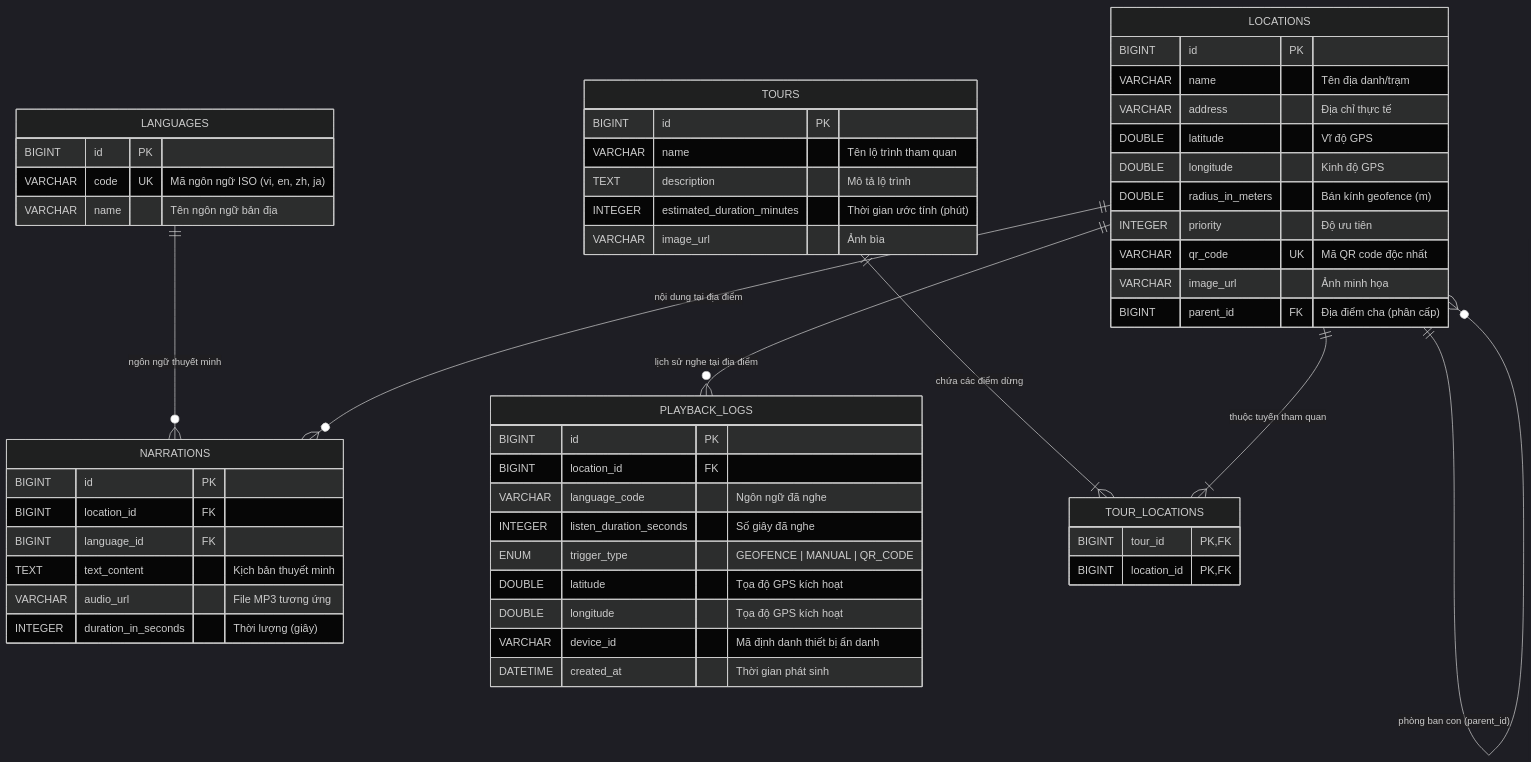
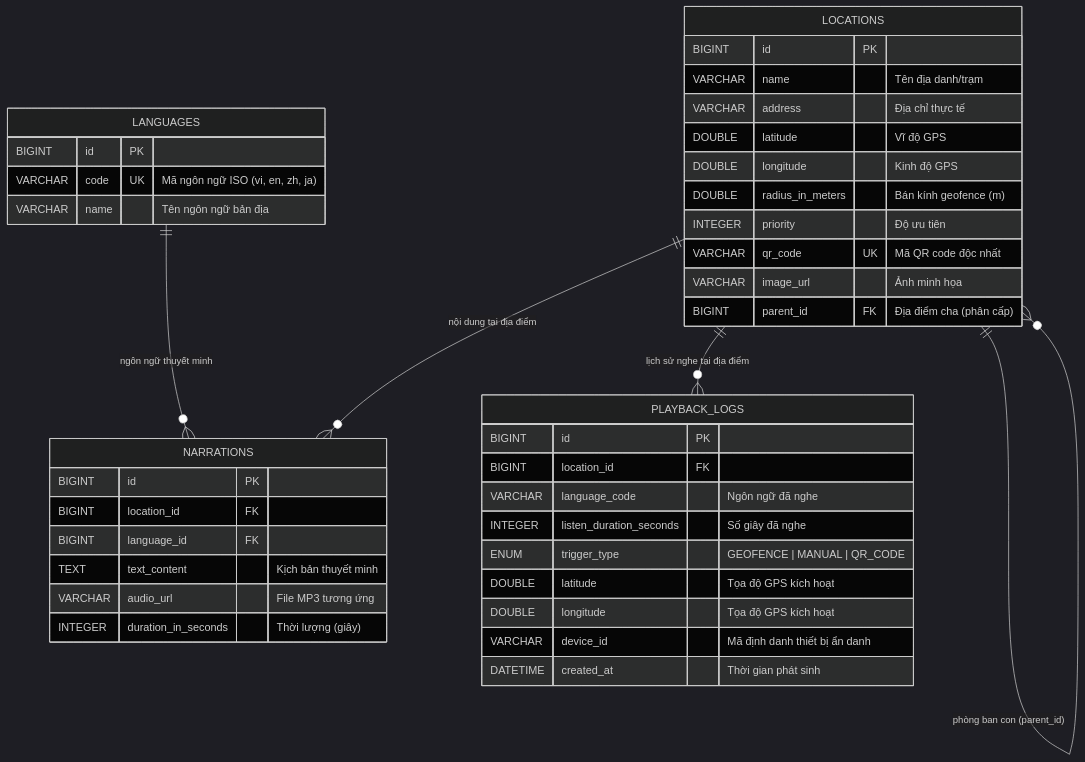
Before and after one commit to HuynhQuang16032006/Multi_Languages_Automatic_Translation: the third of 4 diagrams in docs/PID.md, drawn with Mermaid (dark theme). The commit also changed other lines of this file and 15 other files, not shown here.

Commit message:
refactor: loai bo hoan toan tinh nang tuyen tham quan (tour) khoi backend, frontend, csdl va tai lieu

````diff
--- a/docs/PID.md
+++ b/docs/PID.md
@@ -133,57 +133,44 @@
 ```mermaid
 erDiagram
     LANGUAGES ||--o{ NARRATIONS : "ngôn ngữ thuyết minh"
     LOCATIONS ||--o{ NARRATIONS : "nội dung tại địa điểm"
     LOCATIONS ||--o{ PLAYBACK_LOGS : "lịch sử nghe tại địa điểm"
     LOCATIONS ||--o{ LOCATIONS : "phòng ban con (parent_id)"
-    TOURS ||--|{ TOUR_LOCATIONS : "chứa các điểm dừng"
-    LOCATIONS ||--|{ TOUR_LOCATIONS : "thuộc tuyến tham quan"
 
     LANGUAGES {
         BIGINT id PK
         VARCHAR code UK "Mã ngôn ngữ ISO (vi, en, zh, ja)"
         VARCHAR name "Tên ngôn ngữ bản địa"
     }
     LOCATIONS {
         BIGINT id PK
         VARCHAR name "Tên địa danh/trạm"
         VARCHAR address "Địa chỉ thực tế"
         DOUBLE latitude "Vĩ độ GPS"
         DOUBLE longitude "Kinh độ GPS"
         DOUBLE radius_in_meters "Bán kính geofence (m)"
         INTEGER priority "Độ ưu tiên"
         VARCHAR qr_code UK "Mã QR code độc nhất"
         VARCHAR image_url "Ảnh minh họa"
         BIGINT parent_id FK "Địa điểm cha (phân cấp)"
-    }
-    TOURS {
-        BIGINT id PK
-        VARCHAR name "Tên lộ trình tham quan"
-        TEXT description "Mô tả lộ trình"
-        INTEGER estimated_duration_minutes "Thời gian ước tính (phút)"
-        VARCHAR image_url "Ảnh bìa"
-    }
-    TOUR_LOCATIONS {
-        BIGINT tour_id PK, FK
-        BIGINT location_id PK, FK
     }
     NARRATIONS {
         BIGINT id PK
         BIGINT location_id FK
         BIGINT language_id FK
         TEXT text_content "Kịch bản thuyết minh"
         VARCHAR audio_url "File MP3 tương ứng"
         INTEGER duration_in_seconds "Thời lượng (giây)"
     }
     PLAYBACK_LOGS {
         BIGINT id PK
         BIGINT location_id FK
         VARCHAR language_code "Ngôn ngữ đã nghe"
         INTEGER listen_duration_seconds "Số giây đã nghe"
         ENUM trigger_type "GEOFENCE | MANUAL | QR_CODE"
         DOUBLE latitude "Tọa độ GPS kích hoạt"
         DOUBLE longitude "Tọa độ GPS kích hoạt"
         VARCHAR device_id "Mã định danh thiết bị ẩn danh"
         DATETIME created_at "Thời gian phát sinh"
     }
 ```
````
